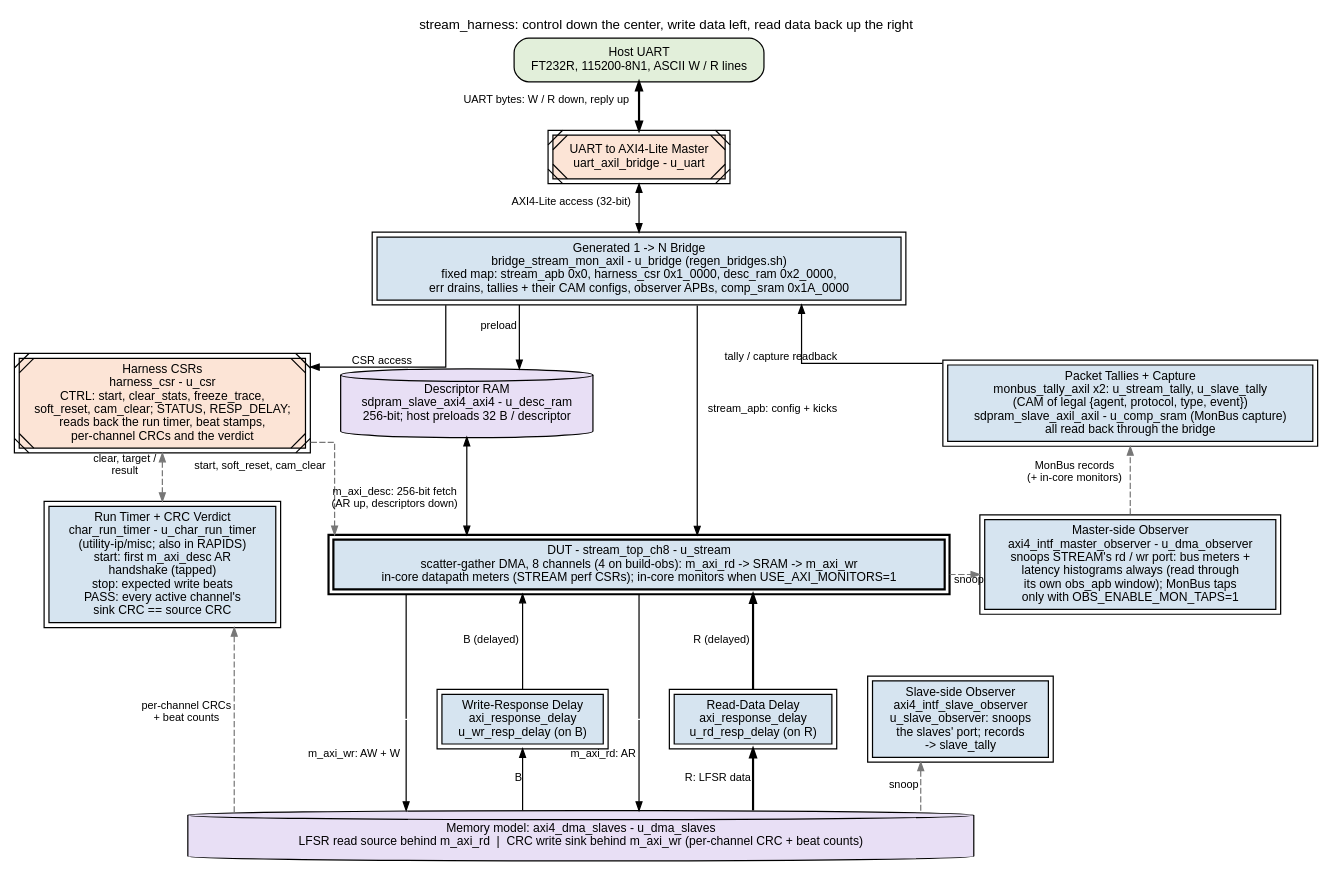
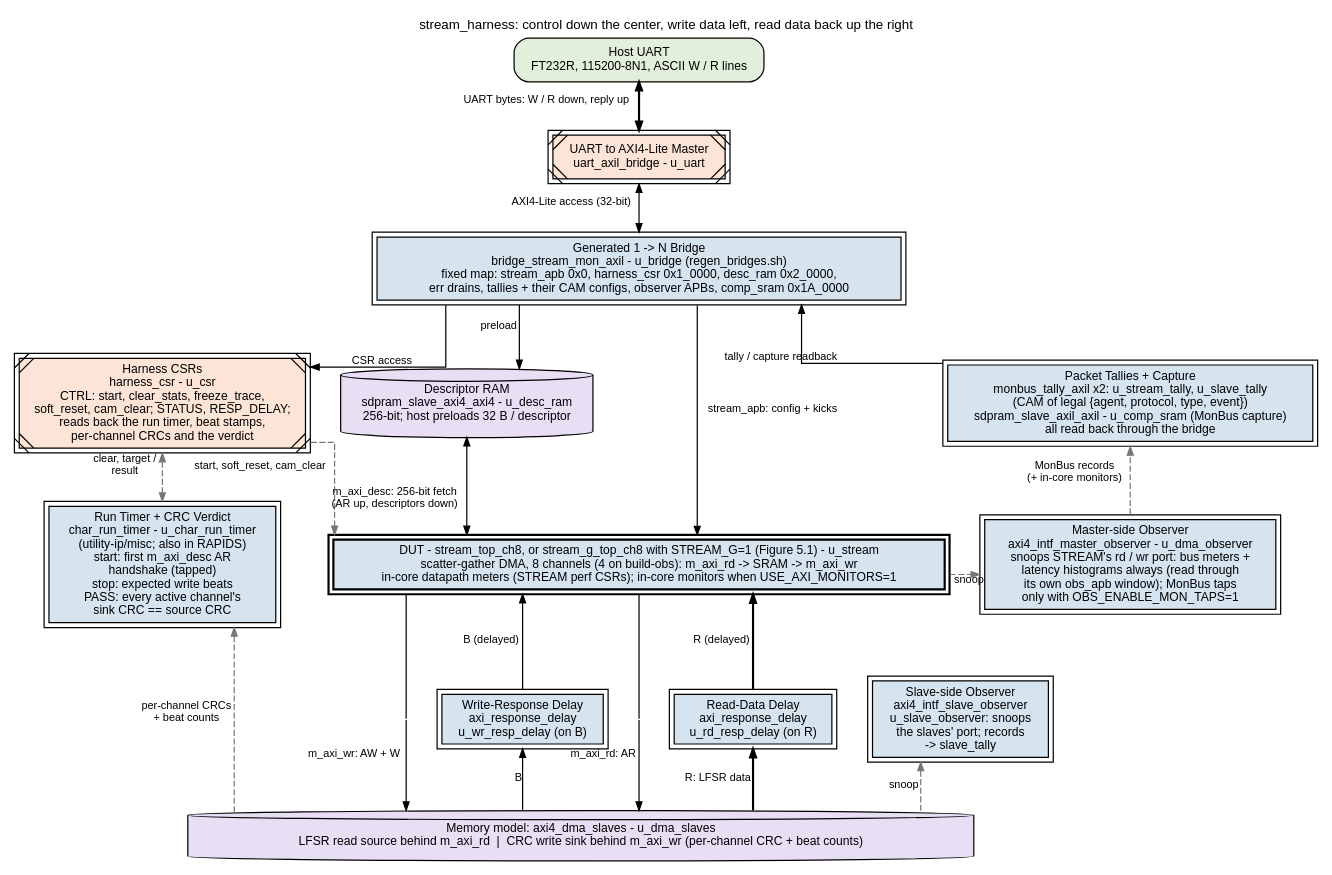
One commit to sean-galloway/RTLDesignSherpa changed the diagram in projects/fpga-systems/Genesys2/dma-ip/stream/docs/stream_fpga_system/assets/graphviz/02_harness_blocks.dot. Above: the diagram before and after it, drawn with Graphviz. The commit also changed 72 other files, not shown here.

```diff
--- a/projects/fpga-systems/Genesys2/dma-ip/stream/docs/stream_fpga_system/assets/graphviz/02_harness_blocks.dot
+++ b/projects/fpga-systems/Genesys2/dma-ip/stream/docs/stream_fpga_system/assets/graphviz/02_harness_blocks.dot
@@ -1,81 +1,81 @@
 // Figure 2.1 -- stream_harness block map, in the house style
 // (vault/handbook/authoring/block-diagrams.md). Every block is an instance in
 // Genesys2/dma-ip/stream/rtl/stream_harness.sv.
 //   - Host UART on top; control runs down the center through the generated
 //     1 -> N bridge to the DUT's APB window.
 //   - The boundary bar is axi4_dma_slaves, the memory model under both DMA
 //     masters. Write data (AW + W) goes down the left, B comes back up
 //     through its delay; AR goes down and R climbs the right through its
 //     delay (the reference's spatial loop).
 //   - The two interface observers are pure snoops (every AXI port an input):
 //     the master observer on STREAM's own rd/wr port, the slave observer on
 //     the slaves' port. Their bus meters and latency histograms always count;
 //     only their MonBus taps are gated (OBS_ENABLE_MON_TAPS).
 //   - Tallies and capture are read back through the bridge (named in their
 //     labels, not drawn as N edges back to the top).
 //   - The run timer and CRC verdict (char_run_timer, utility-ip/misc, the same
 //     module the RAPIDS harnesses use) sits beside the DUT on the left: its
 //     start is a tap on the descriptor AR handshake (named in its label), its CRCs and beat counts climb from
 //     the memory model, and harness_csr reads its result.
 digraph harness_blocks {
     graph [rankdir=TB, bgcolor="white", fontname="Helvetica", fontsize=11,
            nodesep="0.35", ranksep="0.55", splines=ortho, newrank=true,
            label="stream_harness: control down the center, write data left, read data back up the right", labelloc=t];
     node  [fontname="Helvetica", fontsize=10, shape=box, style=filled,
            fillcolor="white", color="black", margin="0.12,0.06"];
     edge  [fontname="Helvetica", fontsize=9, color="black", arrowsize=0.7];
 
     host  [group=C, label="Host UART\nFT232R, 115200-8N1, ASCII W / R lines", fillcolor="white", style="rounded,filled", fillcolor="#E2EFDA"];
     uart  [group=C, label="UART to AXI4-Lite Master\nuart_axil_bridge - u_uart", peripheries=2, style="filled,diagonals", fillcolor="#FCE4D6"];
     brg   [group=C, label="Generated 1 -> N Bridge\nbridge_stream_mon_axil - u_bridge (regen_bridges.sh)\nfixed map: stream_apb 0x0, harness_csr 0x1_0000, desc_ram 0x2_0000,\nerr drains, tallies + their CAM configs, observer APBs, comp_sram 0x1A_0000", width=6, peripheries=2, style="filled", fillcolor="#D6E4F0"];
 
     csr   [group=L, label="Harness CSRs\nharness_csr - u_csr\nCTRL: start, clear_stats, freeze_trace,\nsoft_reset, cam_clear; STATUS, RESP_DELAY;\nreads back the run timer, beat stamps,\nper-channel CRCs and the verdict", peripheries=2, style="filled,diagonals", fillcolor="#FCE4D6"];
     desc  [group=L2, label="Descriptor RAM\nsdpram_slave_axi4_axi4 - u_desc_ram\n256-bit; host preloads 32 B / descriptor", shape=cylinder, style="filled", fillcolor="#E8DFF5"];
     tally [group=R, label="Packet Tallies + Capture\nmonbus_tally_axil x2: u_stream_tally, u_slave_tally\n(CAM of legal {agent, protocol, type, event})\nsdpram_slave_axil_axil - u_comp_sram (MonBus capture)\nall read back through the bridge", peripheries=2, style="filled", fillcolor="#D6E4F0"];
 
     tmr   [group=L, label="Run Timer + CRC Verdict\nchar_run_timer - u_char_run_timer\n(utility-ip/misc; also in RAPIDS)\nstart: first m_axi_desc AR\nhandshake (tapped)\nstop: expected write beats\nPASS: every active channel's\nsink CRC == source CRC", peripheries=2, style="filled", fillcolor="#D6E4F0"];
-    dut   [group=C, label="DUT - stream_top_ch8 - u_stream\nscatter-gather DMA, 8 channels (4 on build-obs): m_axi_rd -> SRAM -> m_axi_wr\nin-core datapath meters (STREAM perf CSRs); in-core monitors when USE_AXI_MONITORS=1", width=7, penwidth=1.8, peripheries=2, style="filled", fillcolor="#D6E4F0"];
+    dut   [group=C, label="DUT - stream_top_ch8, or stream_g_top_ch8 with STREAM_G=1 (Figure 5.1) - u_stream\nscatter-gather DMA, 8 channels (4 on build-obs): m_axi_rd -> SRAM -> m_axi_wr\nin-core datapath meters (STREAM perf CSRs); in-core monitors when USE_AXI_MONITORS=1", width=7, penwidth=1.8, peripheries=2, style="filled", fillcolor="#D6E4F0"];
 
     mobs  [group=R, label="Master-side Observer\naxi4_intf_master_observer - u_dma_observer\nsnoops STREAM's rd / wr port: bus meters +\nlatency histograms always (read through\nits own obs_apb window); MonBus taps\nonly with OBS_ENABLE_MON_TAPS=1", peripheries=2, style="filled", fillcolor="#D6E4F0"];
 
     wdly  [group=L, label="Write-Response Delay\naxi_response_delay\nu_wr_resp_delay (on B)", peripheries=2, style="filled", fillcolor="#D6E4F0"];
     rdly  [group=R2, label="Read-Data Delay\naxi_response_delay\nu_rd_resp_delay (on R)", peripheries=2, style="filled", fillcolor="#D6E4F0"];
     sobs  [group=R, label="Slave-side Observer\naxi4_intf_slave_observer\nu_slave_observer: snoops\nthe slaves' port; records\n-> slave_tally", peripheries=2, style="filled", fillcolor="#D6E4F0"];
 
     p_aw  [shape=point, style=invis, width=0.01, label=""];
     p_ar  [shape=point, style=invis, width=0.01, label=""];
 
     bar   [group=C, label="Memory model: axi4_dma_slaves - u_dma_slaves\nLFSR read source behind m_axi_rd  |  CRC write sink behind m_axi_wr (per-channel CRC + beat counts)",
            fillcolor="white", width=9, shape=cylinder, style="filled", fillcolor="#E8DFF5"];
 
     { rank=same; csr; desc; tally; }
     csr -> desc -> tally [style=invis];
     { rank=same; tmr; dut; mobs; }
     tmr -> dut -> mobs [style=invis];
     { rank=same; p_aw; wdly; p_ar; rdly; sobs; }
     p_aw -> wdly -> p_ar -> rdly -> sobs [style=invis];
 
     host -> uart [dir=both, penwidth=1.8, xlabel="UART bytes: W / R down, reply up"];
     uart -> brg  [dir=both, xlabel="AXI4-Lite access (32-bit)"];
     brg  -> csr  [xlabel="CSR access"];
     brg  -> desc [xlabel="preload"];
     brg  -> tally [dir=back, xlabel="tally / capture readback"];
     brg  -> dut  [xlabel="stream_apb: config + kicks"];
     csr  -> dut  [style=dashed, color="#777777", xlabel="start, soft_reset, cam_clear"];
     csr  -> tmr  [style=dashed, color="#777777", dir=both, xlabel="clear, target /\nresult"];
     tmr  -> bar  [style=dashed, color="#777777", dir=back, xlabel="per-channel CRCs\n+ beat counts"];
     desc -> dut  [dir=both, xlabel="m_axi_desc: 256-bit fetch\n(AR up, descriptors down)"];
 
     dut  -> p_aw [dir=none];
     p_aw -> bar  [xlabel="m_axi_wr: AW + W"];
     dut  -> wdly [dir=back, xlabel="B (delayed)"];
     wdly -> bar  [dir=back, xlabel="B"];
     dut  -> p_ar [dir=none];
     p_ar -> bar  [xlabel="m_axi_rd: AR"];
     dut  -> rdly [dir=back, penwidth=1.8, xlabel="R (delayed)"];
     rdly -> bar  [dir=back, penwidth=1.8, xlabel="R: LFSR data"];
 
     dut  -> mobs [style=dashed, color="#777777", constraint=false, xlabel="snoop"];
     sobs -> bar  [style=dashed, color="#777777", dir=back, xlabel="snoop"];
     mobs -> tally [style=dashed, color="#777777", xlabel="MonBus records\n(+ in-core monitors)"];
 }
```
